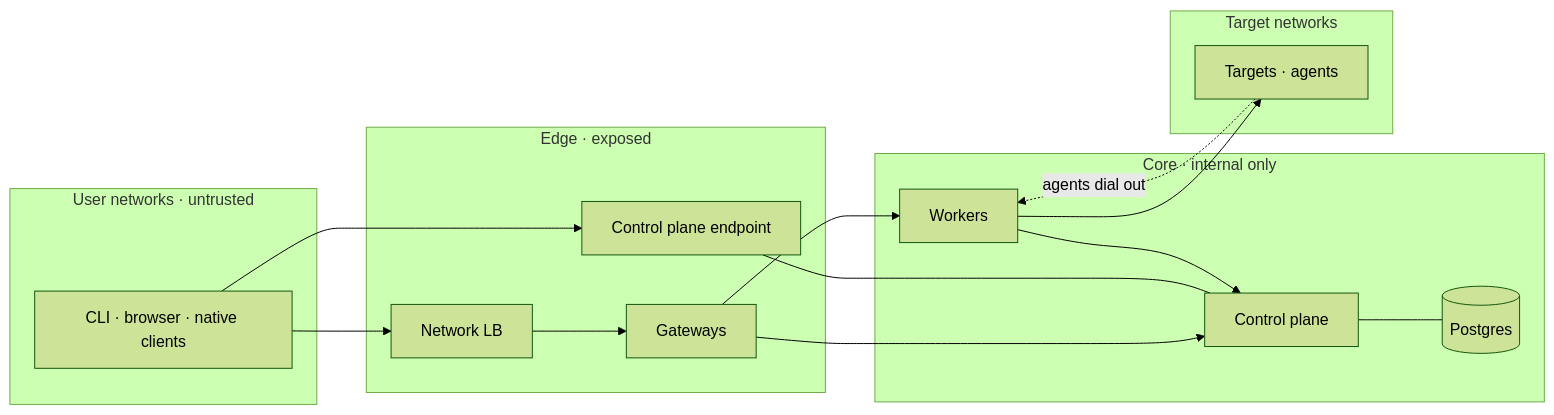
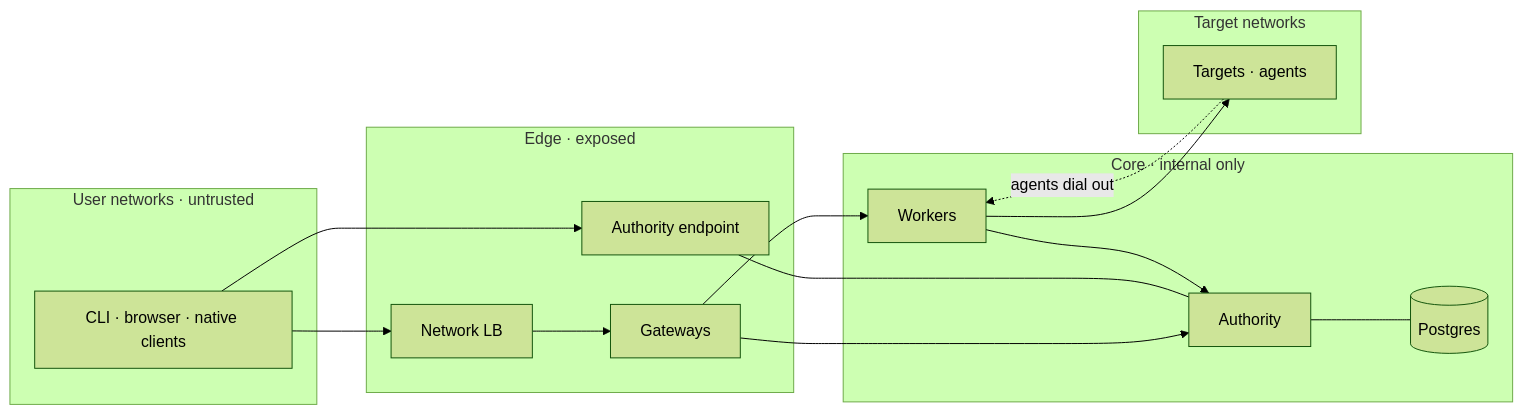
Before and after one commit to tidegate-dev/enhancements: the fifth of 6 diagrams in teps/0002-architecture/README.md, drawn with Mermaid (forest theme). The commit also changed other lines of this file, not shown here.

First line of the commit message:
docs: rename the control plane to the authority in TEP-0002 (#9)

````diff
--- a/teps/0002-architecture/README.md
+++ b/teps/0002-architecture/README.md
@@ -277,28 +277,28 @@
 ```mermaid
 flowchart LR
     subgraph user["User networks · untrusted"]
         c["CLI · browser · native clients"]
     end
     subgraph edge["Edge · exposed"]
         lb["Network LB"]
         gws["Gateways"]
-        cpapi["Control plane endpoint"]
+        auapi["Authority endpoint"]
     end
     subgraph core["Core · internal only"]
-        cp["Control plane"]
+        au["Authority"]
         db[("Postgres")]
         wk["Workers"]
     end
     subgraph tgt["Target networks"]
         t["Targets · agents"]
     end
     c --> lb --> gws
-    c --> cpapi
+    c --> auapi
     gws --> wk
-    gws --> cp
-    cpapi --- cp
-    cp --- db
-    wk --> cp
+    gws --> au
+    auapi --- au
+    au --- db
+    wk --> au
     wk --> t
     t -.->|"agents dial out"| wk
 ```
````
